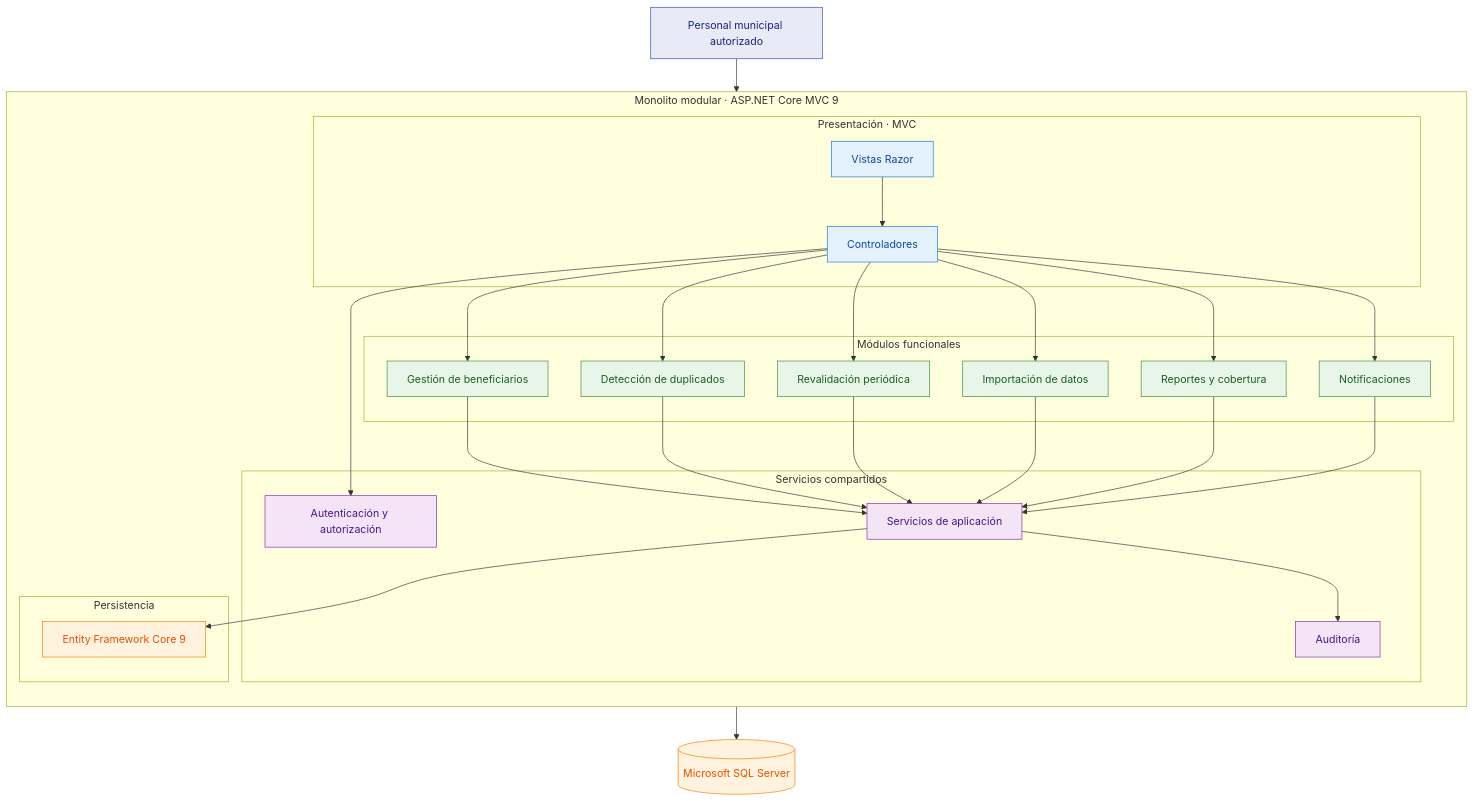
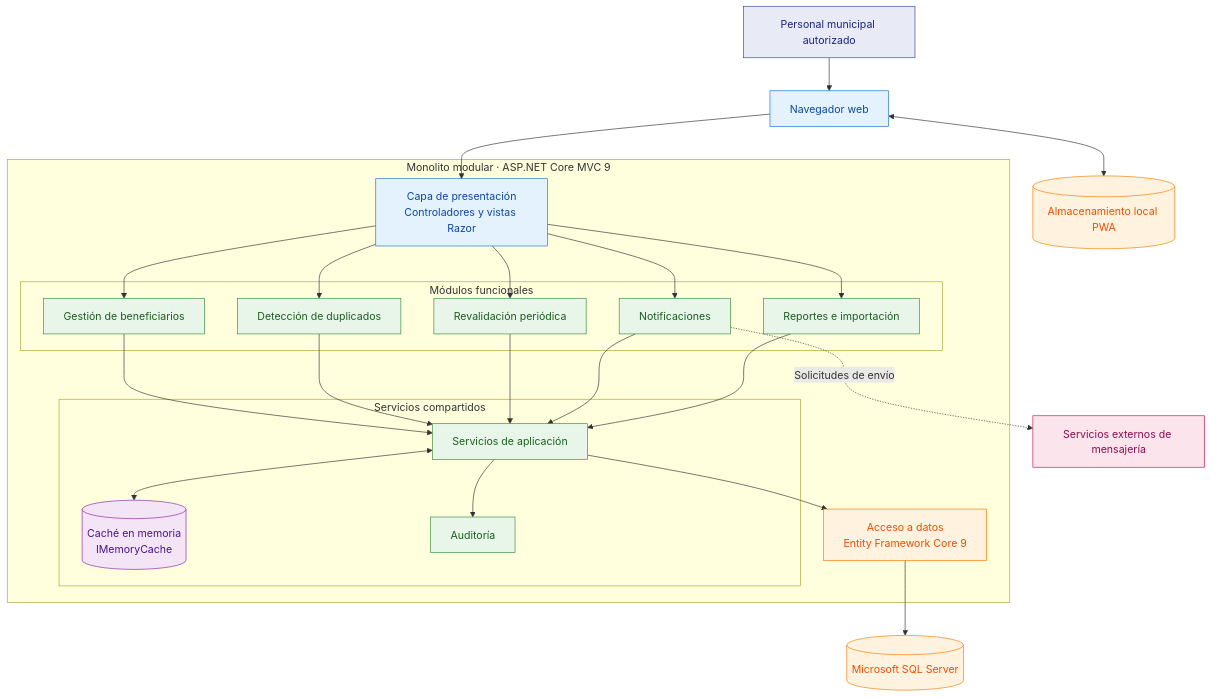
One commit to Yey-Cardenas/Programas-Sociales changed the diagram in arquitectura/estilo-arquitectonico.md. Above: the diagram before and after it, drawn with Mermaid. The commit also changed other lines of this file and 4 other files, not shown here.

````diff
--- a/arquitectura/estilo-arquitectonico.md
+++ b/arquitectura/estilo-arquitectonico.md
@@ -87,69 +100,66 @@
-```mermaid id="estilo_modular_mvc"
+```mermaid
 flowchart TB
     USR["Personal municipal autorizado"]
+    WEB["Navegador web"]
 
-    subgraph SISTEMA["Monolito modular · ASP.NET Core MVC 9"]
-        direction TB
+    subgraph APP["Monolito modular · ASP.NET Core MVC 9"]
+        MVC["Capa de presentación<br/>Controladores y vistas Razor"]
 
-        subgraph PRESENTACION["Presentación · MVC"]
-            CTRL["Controladores"]
-            VIEW["Vistas Razor"]
+        subgraph MOD["Módulos funcionales"]
+            M1["Gestión de beneficiarios"]
+            M2["Detección de duplicados"]
+            M3["Revalidación periódica"]
+            M4["Notificaciones"]
+            M5["Reportes e importación"]
         end
 
-        subgraph FUNCIONAL["Módulos funcionales"]
-            BEN["Gestión de beneficiarios"]
-            DUP["Detección de duplicados"]
-            REVA["Revalidación periódica"]
-            IMP["Importación de datos"]
-            REP["Reportes y cobertura"]
-            NOTI["Notificaciones"]
+        subgraph SHARED["Servicios compartidos"]
+            SVC["Servicios de aplicación"]
+            CACHE[("Caché en memoria<br/>IMemoryCache")]
+            AUD["Auditoría"]
         end
 
-        subgraph COMPARTIDOS["Servicios compartidos"]
-            AUTH["Autenticación y autorización"]
-            AUD["Auditoría"]
-            SERV["Servicios de aplicación"]
-        end
-
-        subgraph PERSISTENCIA["Persistencia"]
-            EF["Entity Framework Core 9"]
-        end
+        DATA["Acceso a datos<br/>Entity Framework Core 9"]
     end
 
     DB[("Microsoft SQL Server")]
+    EXT["Servicios externos de mensajería"]
+    LOCAL[("Almacenamiento local PWA")]
 
-    USR --> VIEW
-    VIEW --> CTRL
+    USR --> WEB
+    WEB --> MVC
 
-    CTRL --> BEN
-    CTRL --> DUP
-    CTRL --> REVA
-    CTRL --> IMP
-    CTRL --> REP
-    CTRL --> NOTI
+    MVC --> M1
+    MVC --> M2
+    MVC --> M3
+    MVC --> M4
+    MVC --> M5
 
-    CTRL --> AUTH
+    M1 --> SVC
+    M2 --> SVC
+    M3 --> SVC
+    M4 --> SVC
+    M5 --> SVC
 
-    BEN --> SERV
-    DUP --> SERV
-    REVA --> SERV
-    IMP --> SERV
-    REP --> SERV
-    NOTI --> SERV
+    SVC <--> CACHE
+    SVC --> AUD
+    SVC --> DATA
+    DATA --> DB
 
-    SERV --> AUD
-    SERV --> EF
-    EF --> DB
+    M4 -. "Solicitudes de envío" .-> EXT
+    WEB <--> LOCAL
 
     classDef actor fill:#E8EAF6,stroke:#3949AB,color:#1A237E
     classDef presentacion fill:#E3F2FD,stroke:#1976D2,color:#0D47A1
-    classDef funcional fill:#E8F5E9,stroke:#388E3C,color:#1B5E20
-    classDef compartidos fill:#F3E5F5,stroke:#8E24AA,color:#4A148C
-    classDef persistencia fill:#FFF3E0,stroke:#F57C00,color:#E65100
+    classDef modulo fill:#E8F5E9,stroke:#388E3C,color:#1B5E20
+    classDef cache fill:#F3E5F5,stroke:#8E24AA,color:#4A148C
+    classDef infraestructura fill:#FFF3E0,stroke:#F57C00,color:#E65100
+    classDef externo fill:#FCE4EC,stroke:#C2185B,color:#880E4F
 
     class USR actor
-    class CTRL,VIEW presentacion
-    class BEN,DUP,REVA,IMP,REP,NOTI funcional
-    class AUTH,AUD,SERV compartidos
-    class EF,DB persistencia
+    class WEB,MVC presentacion
+    class M1,M2,M3,M4,M5,SVC,AUD modulo
+    class CACHE cache
+    class DATA,DB,LOCAL infraestructura
+    class EXT externo
 ```
````
